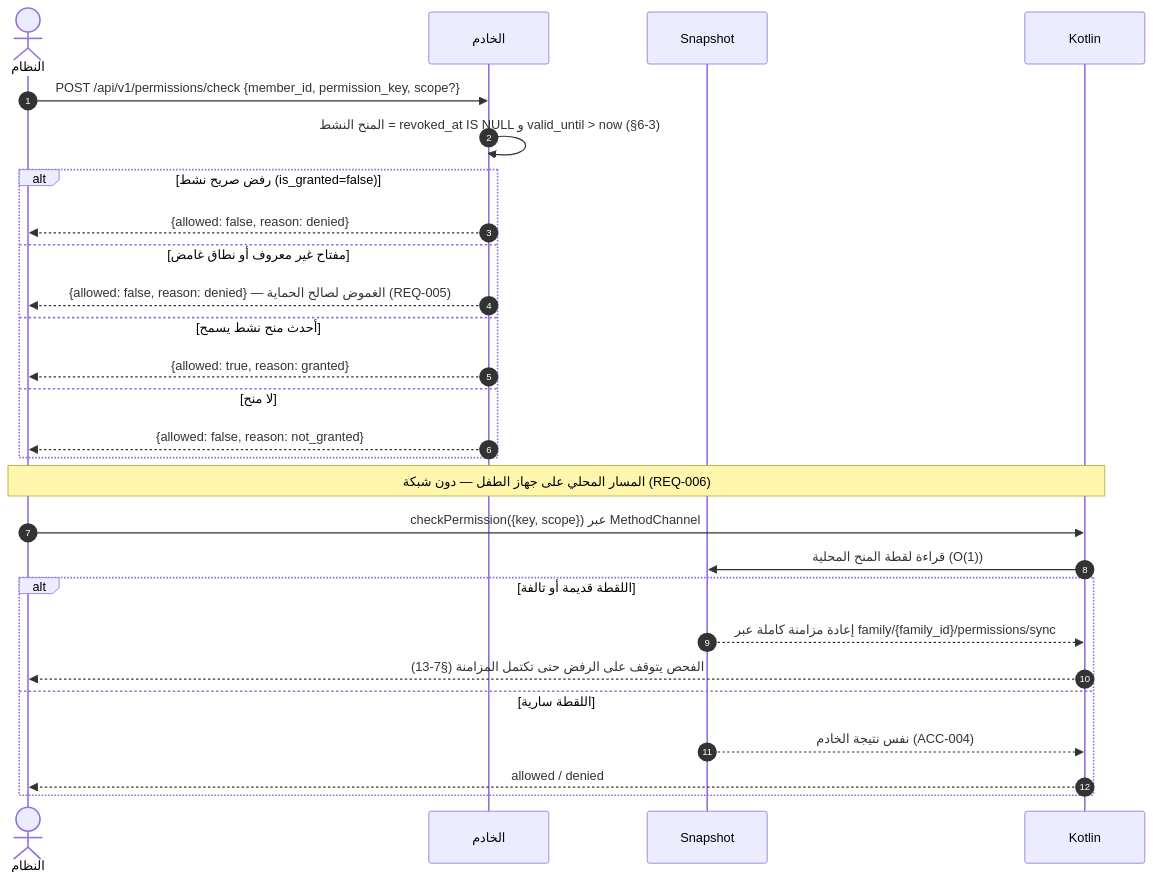
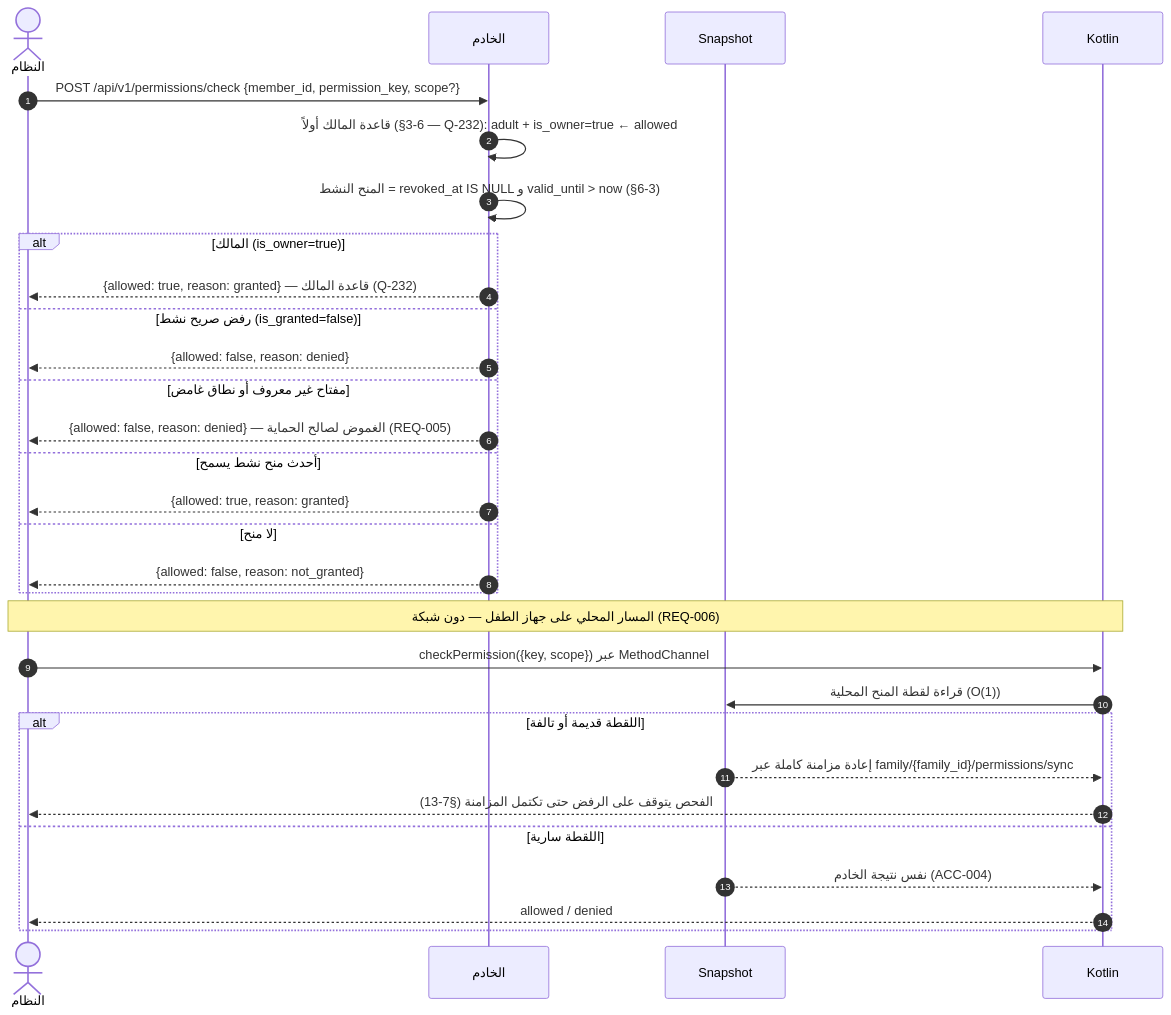
Before and after one commit to Bassam-mohammed-alqaeadi/family-os-v2: the fifth of 13 diagrams in docs/family-os/governance/phases/phase-1/S1-03-family-roles-and-permissions/DIAGRAMS.md, drawn with Mermaid. The commit also changed other lines of this file and 13 other files, not shown here.

````diff
--- a/docs/family-os/governance/phases/phase-1/S1-03-family-roles-and-permissions/DIAGRAMS.md
+++ b/docs/family-os/governance/phases/phase-1/S1-03-family-roles-and-permissions/DIAGRAMS.md
@@ -241,29 +241,32 @@
 ```mermaid
 sequenceDiagram
     autonumber
     actor System as النظام
     participant Ktor as الخادم
     participant اللقطة as Snapshot
     participant K as Kotlin
     System->>Ktor: POST /api/v1/permissions/check {member_id, permission_key, scope?}
+    Ktor->>Ktor: قاعدة المالك أولاً (§6-3 — Q-232): adult + is_owner=true ← allowed
     Ktor->>Ktor: المنح النشط = revoked_at IS NULL و valid_until > now (§6-3)
-    alt رفض صريح نشط (is_granted=false)
+    alt المالك (is_owner=true)
+        Ktor-->>System: {allowed: true, reason: granted} — قاعدة المالك (Q-232)
+    else رفض صريح نشط (is_granted=false)
         Ktor-->>System: {allowed: false, reason: denied}
     else مفتاح غير معروف أو نطاق غامض
         Ktor-->>System: {allowed: false, reason: denied} — الغموض لصالح الحماية (REQ-005)
     else أحدث منح نشط يسمح
         Ktor-->>System: {allowed: true, reason: granted}
     else لا منح
         Ktor-->>System: {allowed: false, reason: not_granted}
     end
     Note over System,K: المسار المحلي على جهاز الطفل — دون شبكة (REQ-006)
     System->>K: checkPermission({key, scope}) عبر MethodChannel
     K->>اللقطة: قراءة لقطة المنح المحلية (O(1))
     alt اللقطة قديمة أو تالفة
         اللقطة-->>K: إعادة مزامنة كاملة عبر family/{family_id}/permissions/sync
         K-->>System: الفحص يتوقف على الرفض حتى تكتمل المزامنة (§7-13)
     else اللقطة سارية
         اللقطة-->>K: نفس نتيجة الخادم (ACC-004)
         K-->>System: allowed / denied
     end
 ```
````
